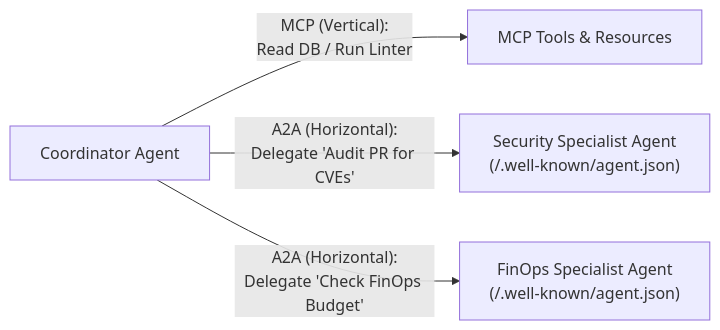
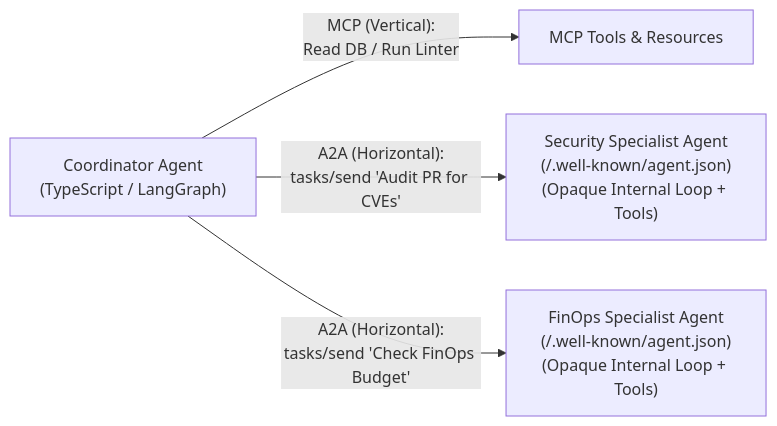
Before and after one commit to Amie-dev/FDE-and-GenAI-Mastery: the first of 2 diagrams in Lecture 14 - Loop Engineering and A2A Protocol/notes/06_The_A2A_Agent_to_Agent_Protocol.md, drawn with Mermaid. The commit also changed other lines of this file and 92 other files, not shown here.

````diff
--- a/Lecture 14 - Loop Engineering and A2A Protocol/notes/06_The_A2A_Agent_to_Agent_Protocol.md
+++ b/Lecture 14 - Loop Engineering and A2A Protocol/notes/06_The_A2A_Agent_to_Agent_Protocol.md
@@ -34,6 +35,6 @@
 ```mermaid
 flowchart LR
-    Coord["Coordinator Agent"] -->|"MCP (Vertical):<br/>Read DB / Run Linter"| Tools["MCP Tools & Resources"]
-    Coord -->|"A2A (Horizontal):<br/>Delegate 'Audit PR for CVEs'"| PeerA["Security Specialist Agent<br/>(/.well-known/agent.json)"]
-    Coord -->|"A2A (Horizontal):<br/>Delegate 'Check FinOps Budget'"| PeerB["FinOps Specialist Agent<br/>(/.well-known/agent.json)"]
+    Coord["Coordinator Agent<br/>(TypeScript / LangGraph)"] -->|"MCP (Vertical):<br/>Read DB / Run Linter"| Tools["MCP Tools & Resources"]
+    Coord -->|"A2A (Horizontal):<br/>tasks/send 'Audit PR for CVEs'"| PeerA["Security Specialist Agent<br/>(/.well-known/agent.json)<br/>(Opaque Internal Loop + Tools)"]
+    Coord -->|"A2A (Horizontal):<br/>tasks/send 'Check FinOps Budget'"| PeerB["FinOps Specialist Agent<br/>(/.well-known/agent.json)<br/>(Opaque Internal Loop + Tools)"]
 ```
````
